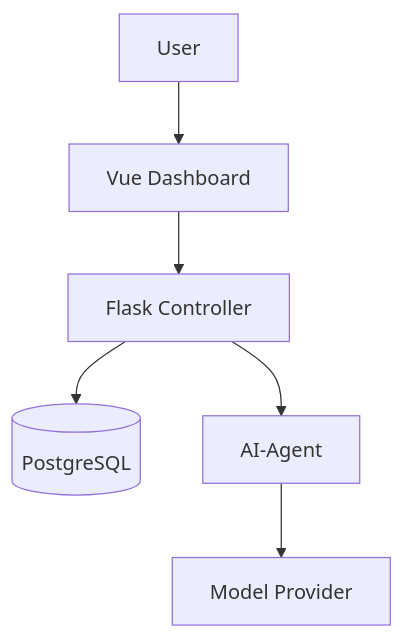
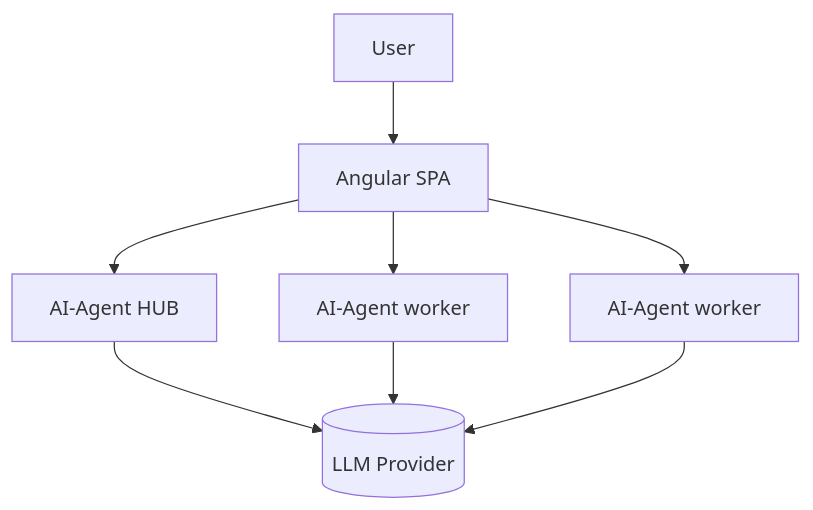
The diagram in architektur/uml/component-diagram.mmd (ananta888/ananta), drawn with Mermaid before and after one commit. The commit also changed 4 other files, not shown here.

First line of the commit message:
Update architecture diagrams to reflect new Angular-based SPA and Hub-worker model

```diff
--- a/architektur/uml/component-diagram.mmd
+++ b/architektur/uml/component-diagram.mmd
@@ -1,7 +1,9 @@
 
 graph TD
-  User[User] --> Frontend[Vue Dashboard]
-  Frontend --> Controller[Flask Controller]
-  Controller --> Database[(PostgreSQL)]
-  Controller --> AIAgent[AI-Agent]
-  AIAgent --> LLM[Model Provider]
+  User[User] --> Angular[Angular SPA]
+  Angular --> Hub[AI-Agent HUB]
+  Angular --> Worker1[AI-Agent worker]
+  Angular --> Worker2[AI-Agent worker]
+  Hub --> LLM[(LLM Provider)]
+  Worker1 --> LLM
+  Worker2 --> LLM
```
